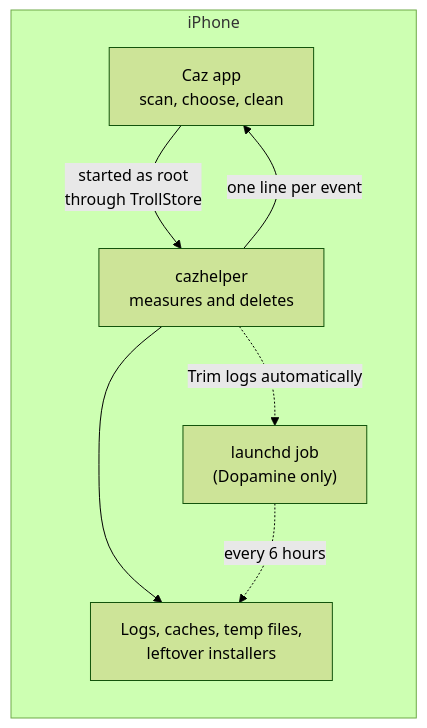
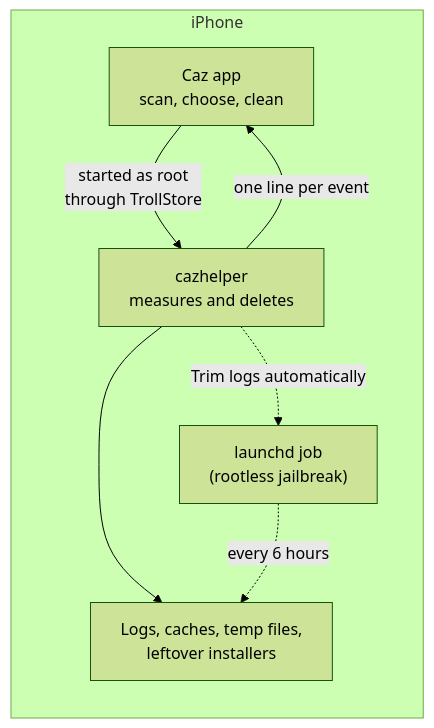
The first of 3 diagrams in README.md (m9z2w4d8vw-blip/Caz), drawn with Mermaid (forest theme) before and after one commit. The commit also changed other lines of this file and 2 other files, not shown here.

````diff
--- a/README.md
+++ b/README.md
@@ -193,10 +198,10 @@
 ```mermaid
 flowchart LR
     subgraph phone["iPhone"]
         APP["Caz app<br/>scan, choose, clean"] -->|"started as root<br/>through TrollStore"| HELPER["cazhelper<br/>measures and deletes"]
         HELPER -->|"one line per event"| APP
         HELPER --> FILES["Logs, caches, temp files,<br/>leftover installers"]
-        HELPER -.->|"Trim logs automatically"| JOB["launchd job<br/>(Dopamine only)"]
+        HELPER -.->|"Trim logs automatically"| JOB["launchd job<br/>(rootless jailbreak)"]
         JOB -.->|"every 6 hours"| FILES
     end
 ```
````
